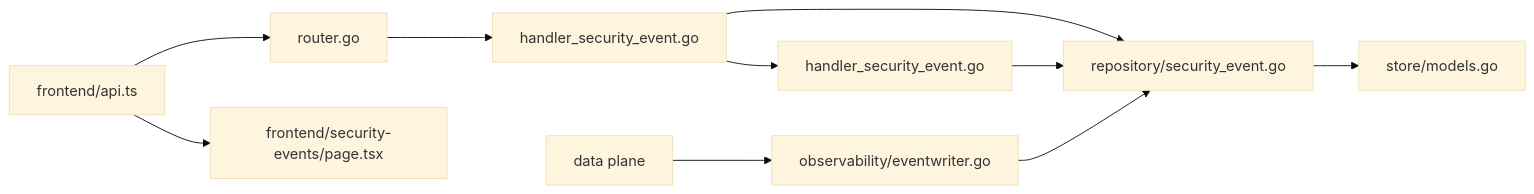
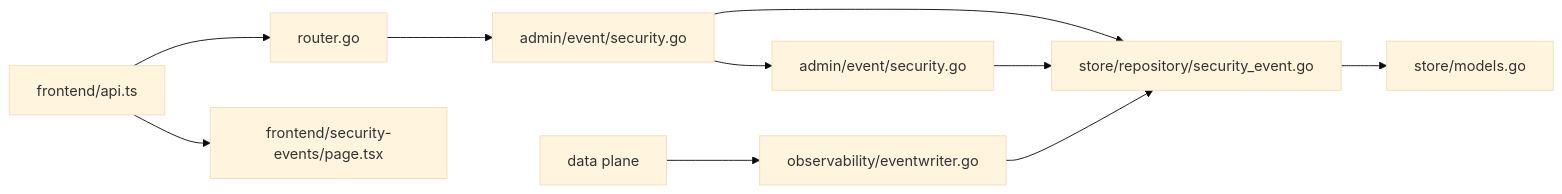
Before and after one commit to x01n/My-OpenWaf: the ninth of 9 diagrams in docs/管理 API 系统/安全事件 API.md, drawn with Mermaid (base theme). The commit also changed other lines of this file and 199 other files, not shown here.

````diff
--- a/docs/管理 API 系统/安全事件 API.md
+++ b/docs/管理 API 系统/安全事件 API.md
@@ -338,12 +331,12 @@
 ```mermaid
 graph LR
-Router["router.go"] --> Handler["handler_security_event.go"]
-Handler --> Repo["repository/security_event.go"]
+Router["router.go"] --> Handler["admin/event/security.go"]
+Handler --> Repo["store/repository/security_event.go"]
 Repo --> Model["store/models.go"]
-Handler --> Stats["handler_security_event.go"]
+Handler --> Stats["admin/event/security.go"]
 Stats --> Repo
 FE["frontend/api.ts"] --> Router
 FE --> Page["frontend/security-events/page.tsx"]
 DP["data plane"] --> EW["observability/eventwriter.go"]
 EW --> Repo
 ```
````
